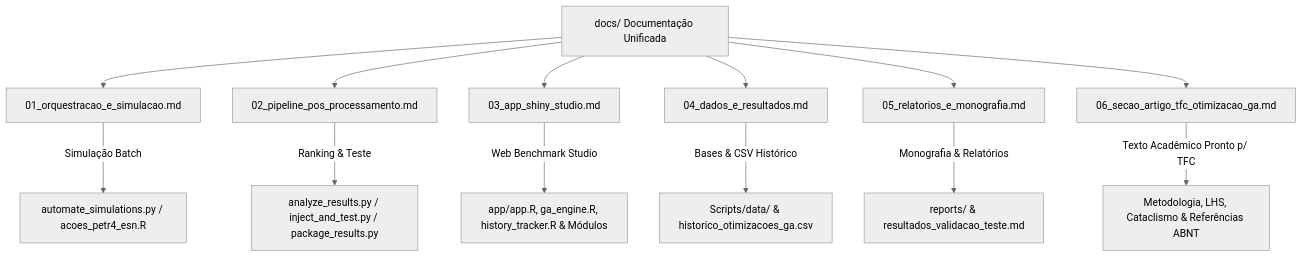
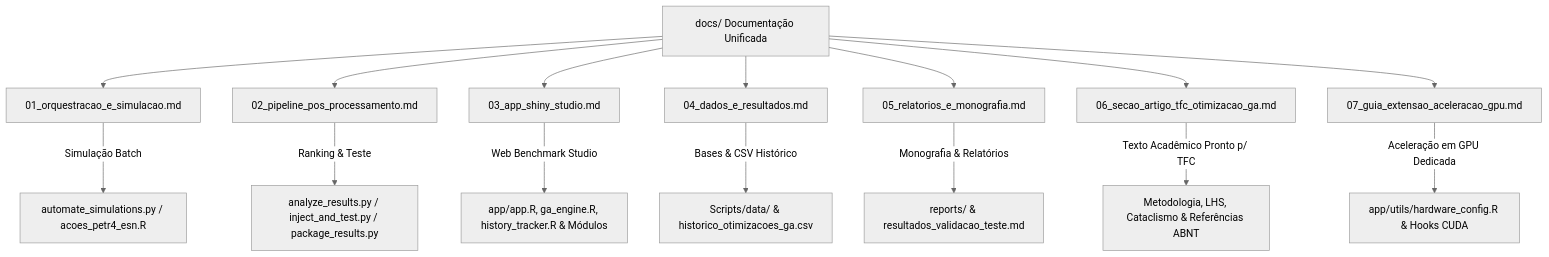
The diagram in docs/INDEX.md (Maycon-bd/ESNAUTO), drawn with Mermaid (neutral theme) before and after one commit. The commit also changed other lines of this file and 5 other files, not shown here.

Commit message:
feat: implement hardware abstraction layer and documentation to support future GPU-accelerated ESN/GA computations.

````diff
--- a/docs/INDEX.md
+++ b/docs/INDEX.md
@@ -12,16 +22,18 @@
 ```mermaid
 graph TD
     DOCS[docs/ Documentação Unificada] --> C1[01_orquestracao_e_simulacao.md]
     DOCS --> C2[02_pipeline_pos_processamento.md]
     DOCS --> C3[03_app_shiny_studio.md]
     DOCS --> C4[04_dados_e_resultados.md]
     DOCS --> C5[05_relatorios_e_monografia.md]
     DOCS --> C6[06_secao_artigo_tfc_otimizacao_ga.md]
+    DOCS --> C7[07_guia_extensao_aceleracao_gpu.md]
 
     C1 -->|Simulação Batch| R1[automate_simulations.py / acoes_petr4_esn.R]
     C2 -->|Ranking & Teste| R2[analyze_results.py / inject_and_test.py / package_results.py]
     C3 -->|Web Benchmark Studio| R3[app/app.R, ga_engine.R, history_tracker.R & Módulos]
     C4 -->|Bases & CSV Histórico| R4[Scripts/data/ & historico_otimizacoes_ga.csv]
     C5 -->|Monografia & Relatórios| R5[reports/ & resultados_validacao_teste.md]
     C6 -->|Texto Acadêmico Pronto p/ TFC| R6[Metodologia, LHS, Cataclismo & Referências ABNT]
+    C7 -->|Aceleração em GPU Dedicada| R7[app/utils/hardware_config.R & Hooks CUDA]
 ```
````
